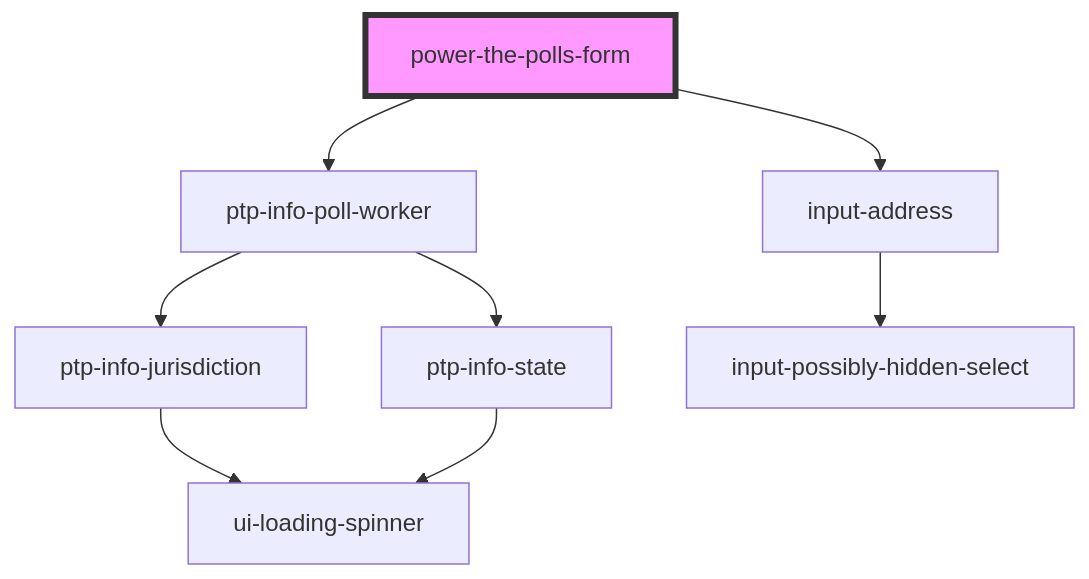
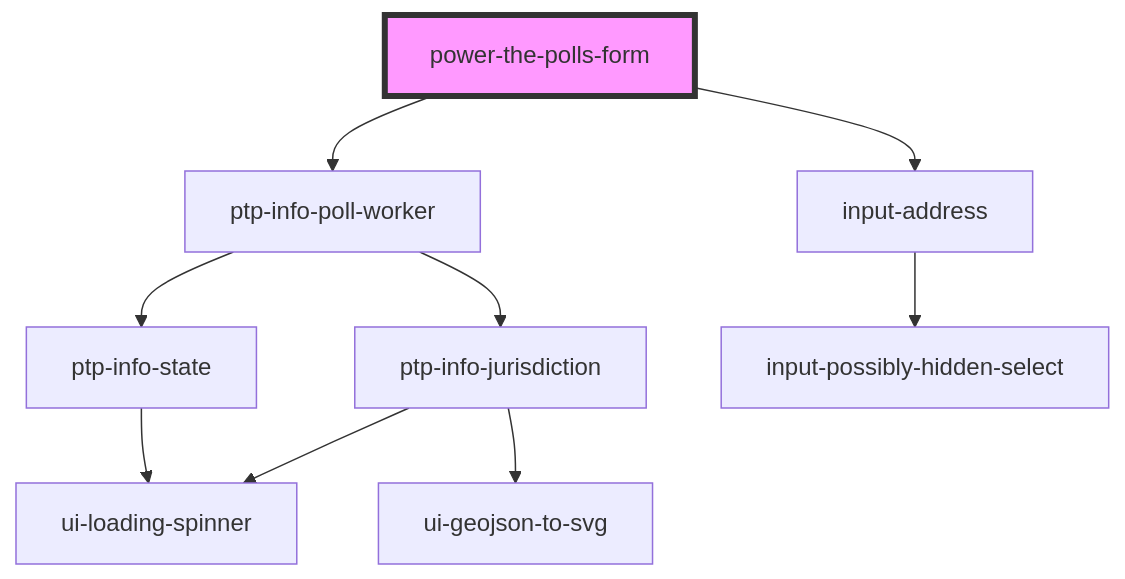
Before and after one commit to pizza-to-the-polls/power-the-polls: the diagram in power-the-polls-form/src/components/power-the-polls-form/readme.md, drawn with Mermaid. The commit also changed 28 other files, not shown here.

Commit message:
added ui-geojson-to-svg component to render jurisdiction map; added work elections fetch to get geojson

````diff
--- a/power-the-polls-form/src/components/power-the-polls-form/readme.md
+++ b/power-the-polls-form/src/components/power-the-polls-form/readme.md
@@ -48,11 +48,12 @@
 ```mermaid
 graph TD;
   power-the-polls-form --> ptp-info-poll-worker
   power-the-polls-form --> input-address
   ptp-info-poll-worker --> ptp-info-jurisdiction
   ptp-info-poll-worker --> ptp-info-state
   ptp-info-jurisdiction --> ui-loading-spinner
+  ptp-info-jurisdiction --> ui-geojson-to-svg
   ptp-info-state --> ui-loading-spinner
   input-address --> input-possibly-hidden-select
   style power-the-polls-form fill:#f9f,stroke:#333,stroke-width:4px
 ```
````
